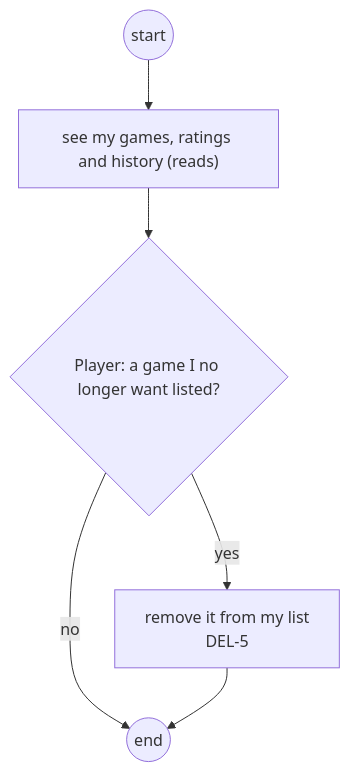
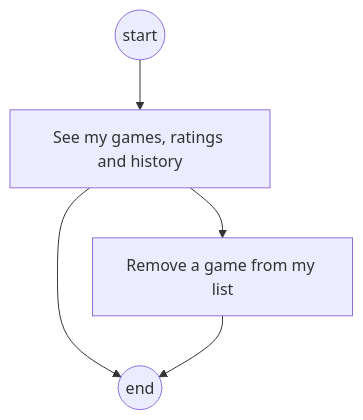
Before and after one commit to delphside/programme: diagram 21 of 29 in docs/changes/workstreams/application-game-architecture/71-one-game-model/71-functional.md, drawn with Mermaid. The commit also changed other lines of this file, not shown here.

````diff
--- a/docs/changes/workstreams/application-game-architecture/71-one-game-model/71-functional.md
+++ b/docs/changes/workstreams/application-game-architecture/71-one-game-model/71-functional.md
@@ -424,8 +406,7 @@
 ```mermaid
 flowchart TD
-  s0((start)) --> a1["see my games, ratings and history (reads)"]
-  a1 --> d1{"Player: a game I no longer want listed?"}
-  d1 -- yes --> a2["remove it from my list<br/>DEL-5"]
-  d1 -- no --> e0((end))
+  s0((start)) --> a1["See my games, ratings and history"]
+  a1 --> a2["Remove a game from my list"]
+  a1 --> e0((end))
   a2 --> e0
 ```
````
